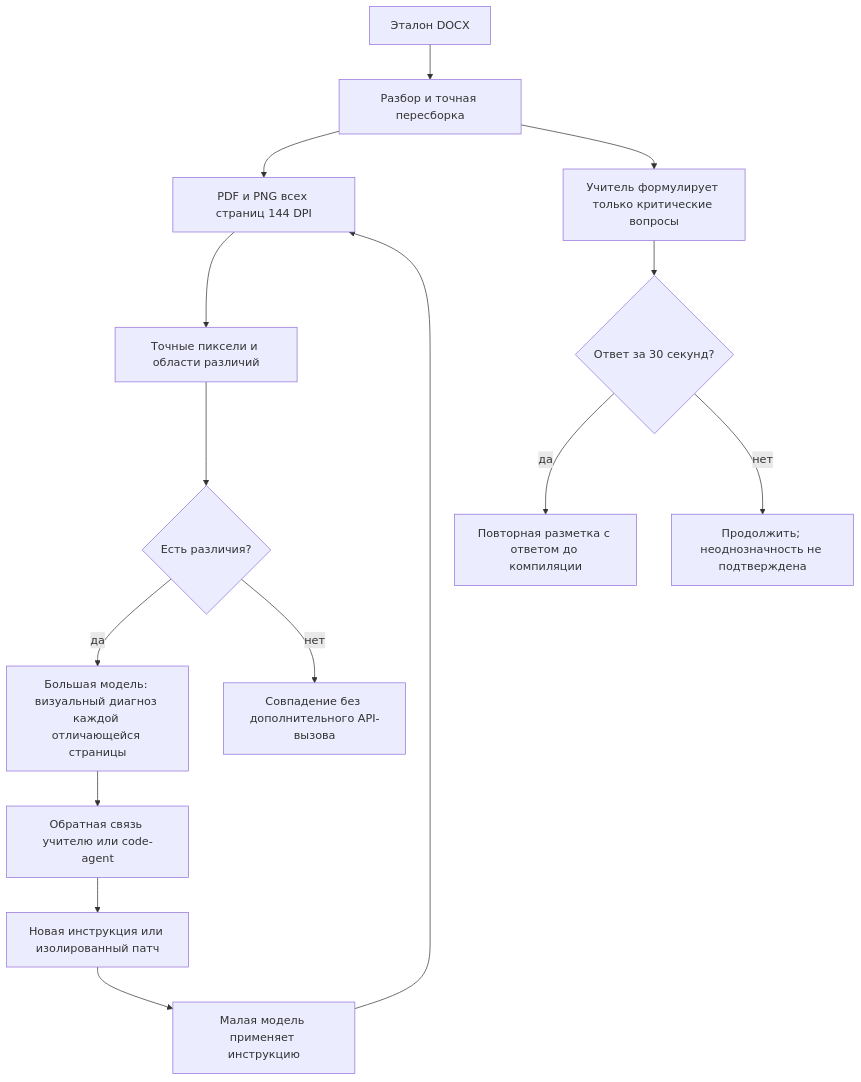
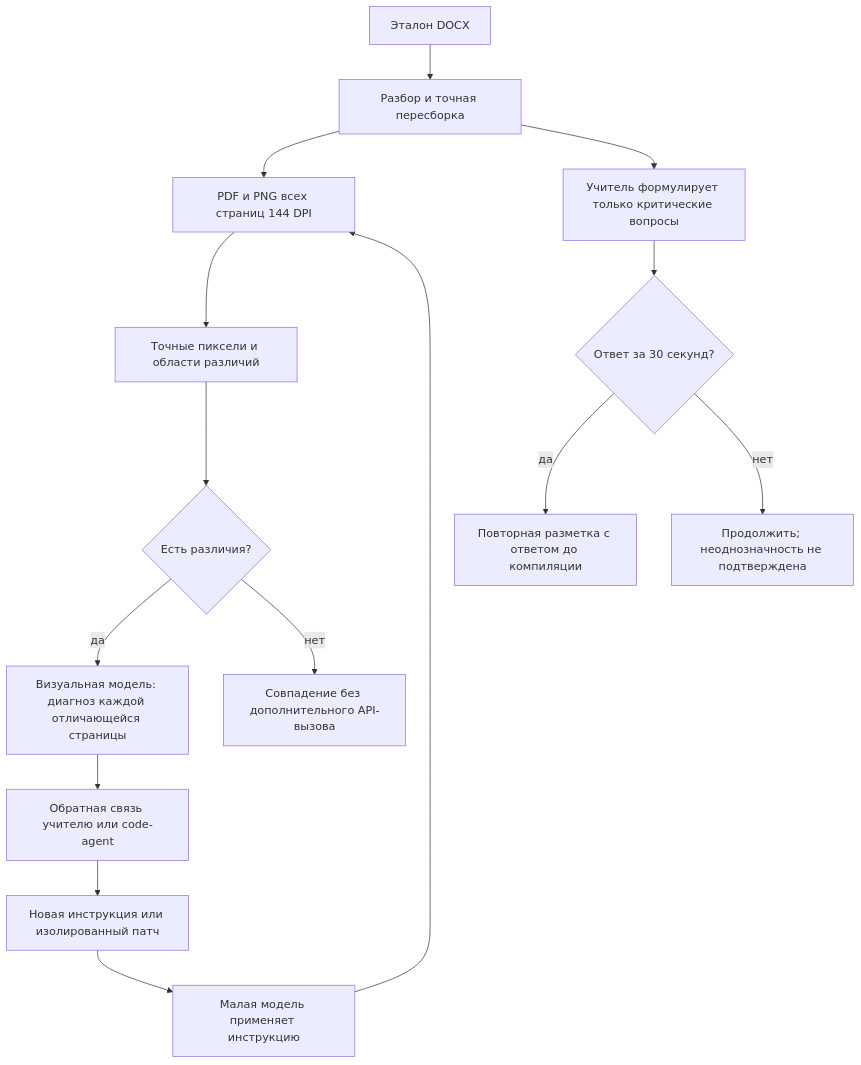
The diagram in docs/tech/visual-questions-035.md (timuroid/articleflow), drawn with Mermaid before and after one commit. The commit also changed other lines of this file and 53 other files, not shown here.

````diff
--- a/docs/tech/visual-questions-035.md
+++ b/docs/tech/visual-questions-035.md
@@ -5,17 +5,17 @@
 ```mermaid
 flowchart TD
  A[Эталон DOCX] --> B[Разбор и точная пересборка]
  B --> C[PDF и PNG всех страниц 144 DPI]
  C --> D[Точные пиксели и области различий]
  D --> E{Есть различия?}
- E -->|да| F[Большая модель: визуальный диагноз каждой отличающейся страницы]
+ E -->|да| F[Визуальная модель: диагноз каждой отличающейся страницы]
  E -->|нет| G[Совпадение без дополнительного API-вызова]
  F --> H[Обратная связь учителю или code-agent]
  H --> I[Новая инструкция или изолированный патч]
  I --> J[Малая модель применяет инструкцию]
  J --> C
  B --> K[Учитель формулирует только критические вопросы]
  K --> L{Ответ за 30 секунд?}
  L -->|да| M[Повторная разметка с ответом до компиляции]
  L -->|нет| N[Продолжить; неоднозначность не подтверждена]
 ```
````
